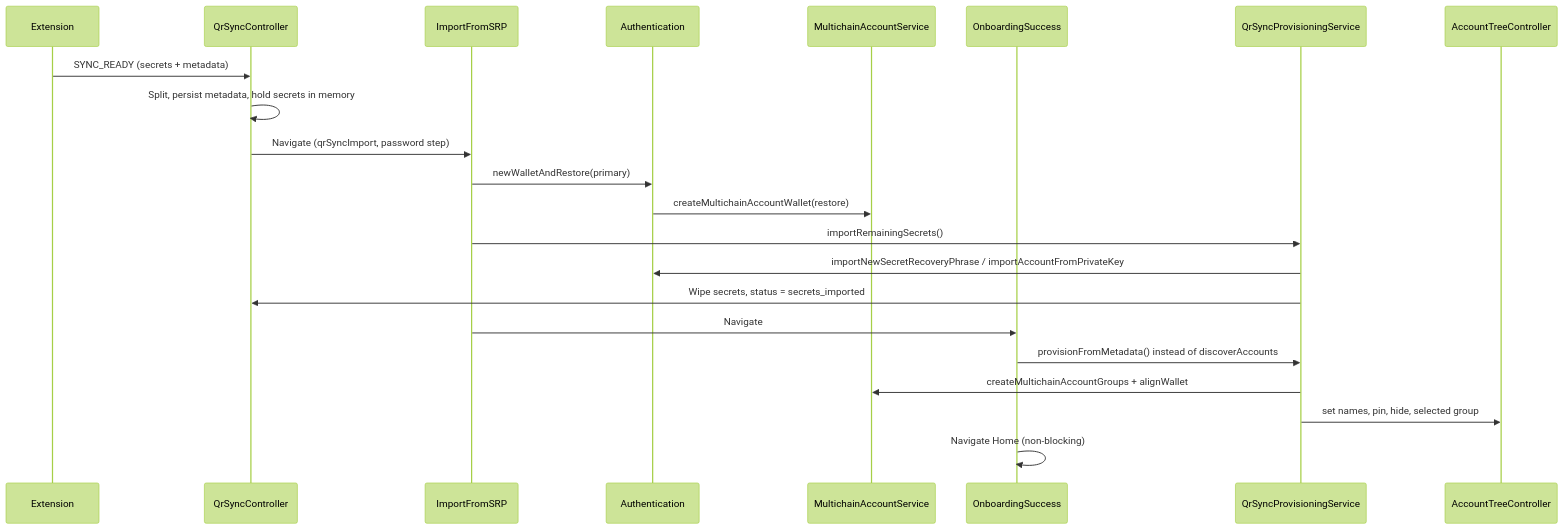
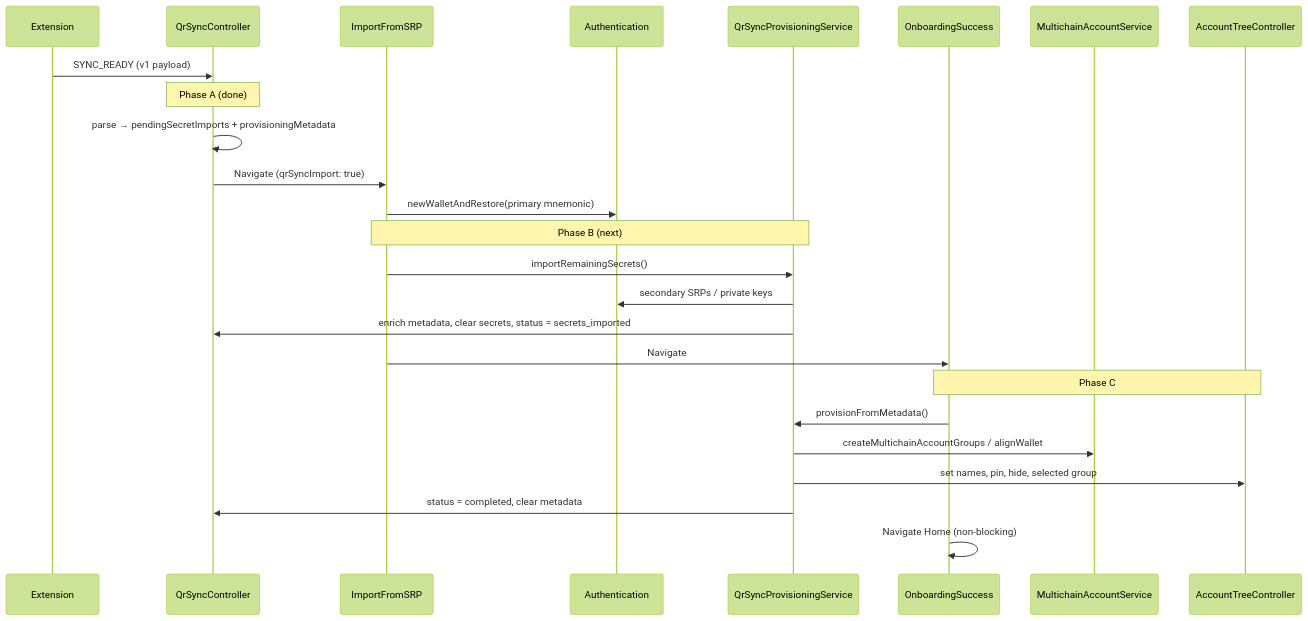
One commit to MetaMask/metamask-mobile changed the diagram in docs/qr-sync/onboarding-provisioning.md. Above: the diagram before and after it, drawn with Mermaid (forest theme). The commit also changed other lines of this file and 17 other files, not shown here.

Commit message:
feat: QrSyncProvisioningService

````diff
--- a/docs/qr-sync/onboarding-provisioning.md
+++ b/docs/qr-sync/onboarding-provisioning.md
@@ -49,25 +100,30 @@
 ```mermaid
 sequenceDiagram
     participant Ext as Extension
     participant QC as QrSyncController
     participant Import as ImportFromSRP
     participant Auth as Authentication
+    participant Prov as QrSyncProvisioningService
+    participant Success as OnboardingSuccess
     participant MAS as MultichainAccountService
-    participant Success as OnboardingSuccess
-    participant Prov as QrSyncProvisioningService
     participant ATC as AccountTreeController
 
-    Ext->>QC: SYNC_READY (secrets + metadata)
-    QC->>QC: Split, persist metadata, hold secrets in memory
-    QC->>Import: Navigate (qrSyncImport, password step)
-    Import->>Auth: newWalletAndRestore(primary)
-    Auth->>MAS: createMultichainAccountWallet(restore)
+    Ext->>QC: SYNC_READY (v1 payload)
+    Note over QC: Phase A (done)
+    QC->>QC: parse → pendingSecretImports + provisioningMetadata
+    QC->>Import: Navigate (qrSyncImport: true)
+
+    Import->>Auth: newWalletAndRestore(primary mnemonic)
+    Note over Import,Prov: Phase B (next)
     Import->>Prov: importRemainingSecrets()
-    Prov->>Auth: importNewSecretRecoveryPhrase / importAccountFromPrivateKey
-    Prov->>QC: Wipe secrets, status = secrets_imported
+    Prov->>Auth: secondary SRPs / private keys
+    Prov->>QC: enrich metadata, clear secrets, status = secrets_imported
     Import->>Success: Navigate
-    Success->>Prov: provisionFromMetadata() instead of discoverAccounts
-    Prov->>MAS: createMultichainAccountGroups + alignWallet
+
+    Note over Success,ATC: Phase C
+    Success->>Prov: provisionFromMetadata()
+    Prov->>MAS: createMultichainAccountGroups / alignWallet
     Prov->>ATC: set names, pin, hide, selected group
+    Prov->>QC: status = completed, clear metadata
     Success->>Success: Navigate Home (non-blocking)
 ```
````
